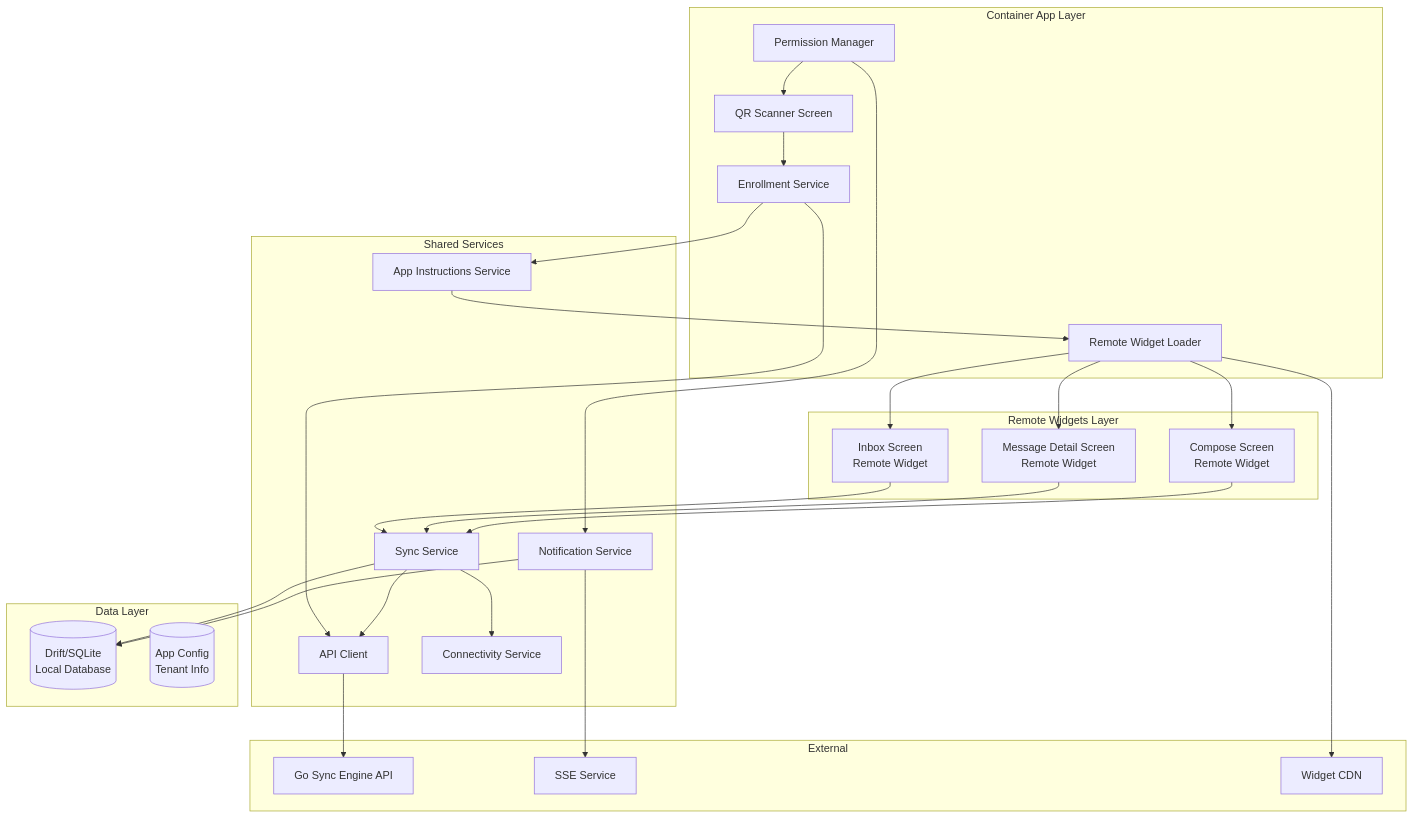
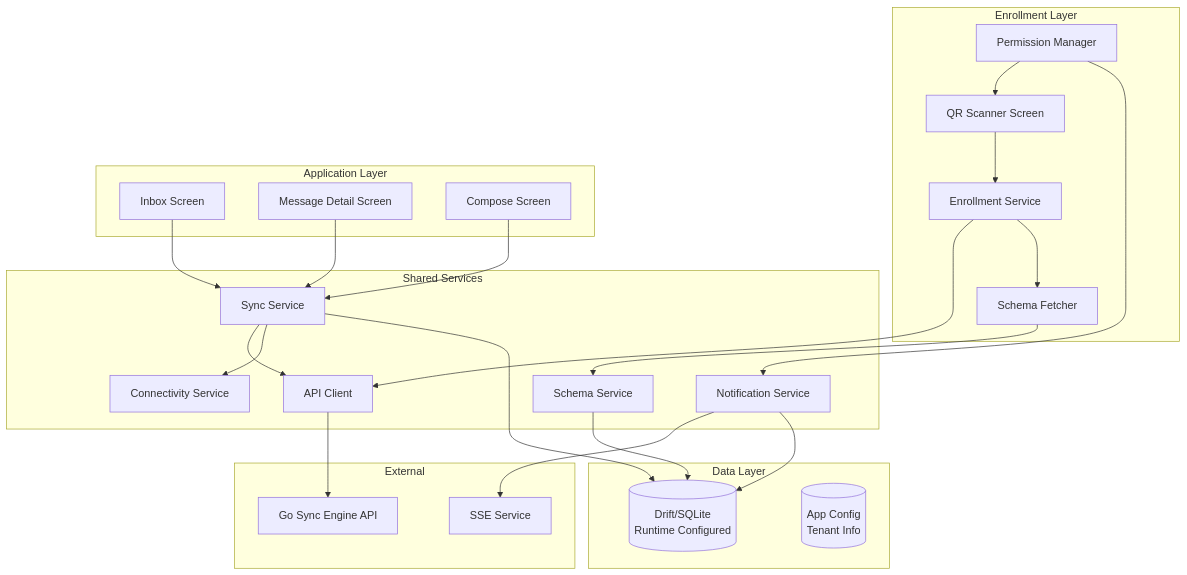
The diagram in specs/flutter-mobile.md (ajgreyling/posduif), drawn with Mermaid before and after one commit. The commit also changed other lines of this file and 81 other files, not shown here.

Commit message:
Use Yaml for worflows and schema

````diff
--- a/specs/flutter-mobile.md
+++ b/specs/flutter-mobile.md
@@ -14,57 +15,53 @@
 ```mermaid
 graph TB
-    subgraph "Container App Layer"
+    subgraph "Enrollment Layer"
         QRScanner[QR Scanner Screen]
         EnrollmentService[Enrollment Service]
-        RemoteWidgetLoader[Remote Widget Loader]
+        SchemaFetcher[Schema Fetcher]
         PermissionManager[Permission Manager]
     end
     
-    subgraph "Remote Widgets Layer"
-        InboxScreen[Inbox Screen<br/>Remote Widget]
-        MessageDetailScreen[Message Detail Screen<br/>Remote Widget]
-        ComposeScreen[Compose Screen<br/>Remote Widget]
+    subgraph "Application Layer"
+        InboxScreen[Inbox Screen]
+        MessageDetailScreen[Message Detail Screen]
+        ComposeScreen[Compose Screen]
     end
     
     subgraph "Shared Services"
         SyncService[Sync Service]
         APIClient[API Client]
         NotificationService[Notification Service]
         ConnectivityService[Connectivity Service]
-        AppInstructionsService[App Instructions Service]
+        SchemaService[Schema Service]
     end
     
     subgraph "Data Layer"
-        AppDatabase[(Drift/SQLite<br/>Local Database)]
+        AppDatabase[(Drift/SQLite<br/>Runtime Configured)]
         AppConfig[(App Config<br/>Tenant Info)]
     end
     
     subgraph "External"
         BackendAPI[Go Sync Engine API]
         SSEService[SSE Service]
-        WidgetCDN[Widget CDN]
     end
     
     QRScanner --> EnrollmentService
     EnrollmentService --> APIClient
-    EnrollmentService --> AppInstructionsService
-    AppInstructionsService --> RemoteWidgetLoader
-    RemoteWidgetLoader --> WidgetCDN
-    RemoteWidgetLoader --> InboxScreen
-    RemoteWidgetLoader --> MessageDetailScreen
-    RemoteWidgetLoader --> ComposeScreen
+    EnrollmentService --> SchemaFetcher
+    SchemaFetcher --> SchemaService
+    SchemaService --> AppDatabase
     
     InboxScreen --> SyncService
     MessageDetailScreen --> SyncService
     ComposeScreen --> SyncService
     
     SyncService --> APIClient
     SyncService --> ConnectivityService
     SyncService --> AppDatabase
     APIClient --> BackendAPI
     NotificationService --> SSEService
     NotificationService --> AppDatabase
     
     PermissionManager --> QRScanner
     PermissionManager --> NotificationService
 ```
````
